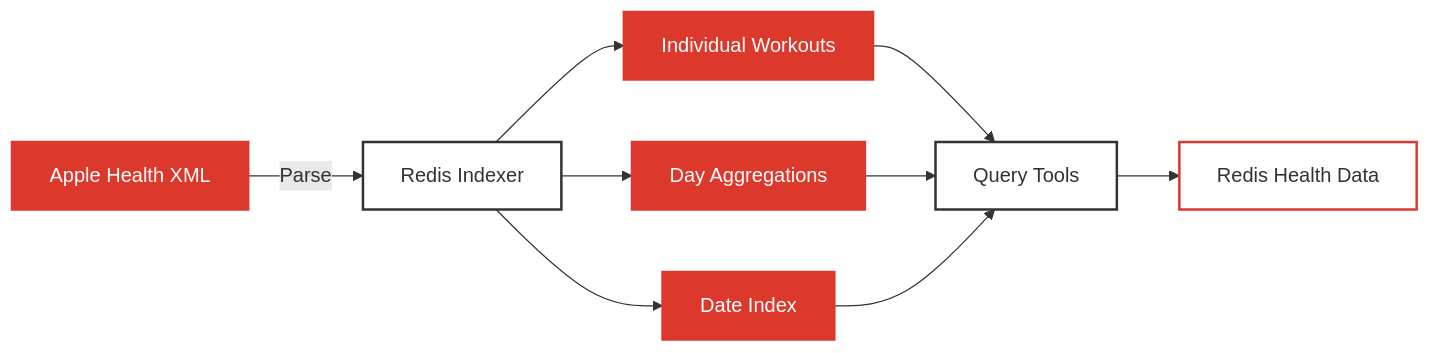
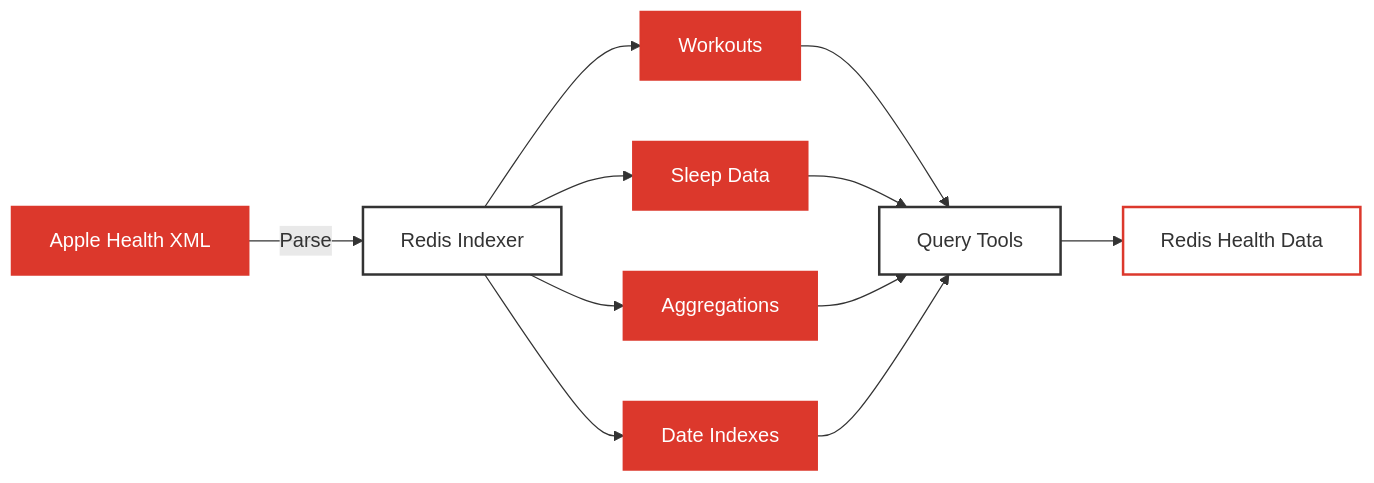
Before and after one commit to AllieRays/redis-wellness: the third of 4 diagrams in docs/11_REDIS_PATTERNS.md, drawn with Mermaid. The commit also changed other lines of this file and 3 other files, not shown here.

````diff
--- a/docs/11_REDIS_PATTERNS.md
+++ b/docs/11_REDIS_PATTERNS.md
@@ -323,21 +323,24 @@
 ```mermaid
 flowchart LR
     A[Apple Health XML] -->|Parse| B[Redis Indexer]
-    B --> C[Individual Workouts]
-    B --> D[Day Aggregations]
-    B --> E[Date Index]
+    B --> C[Workouts]
+    B --> D[Sleep Data]
+    B --> E[Aggregations]
+    B --> F[Date Indexes]
 
-    C --> F[Query Tools]
-    D --> F
-    E --> F
+    C --> G[Query Tools]
+    D --> G
+    E --> G
+    F --> G
 
-    F --> G[Redis Health Data]
+    G --> H[Redis Health Data]
 
     style A fill:#DC382C,stroke:#DC382C,stroke-width:2px,color:#fff
     style B fill:#fff,stroke:#333,stroke-width:2px
     style C fill:#DC382C,stroke:#DC382C,stroke-width:2px,color:#fff
     style D fill:#DC382C,stroke:#DC382C,stroke-width:2px,color:#fff
     style E fill:#DC382C,stroke:#DC382C,stroke-width:2px,color:#fff
-    style F fill:#fff,stroke:#333,stroke-width:2px
-    style G fill:#fff,stroke:#DC382C,stroke-width:2px
+    style F fill:#DC382C,stroke:#DC382C,stroke-width:2px,color:#fff
+    style G fill:#fff,stroke:#333,stroke-width:2px
+    style H fill:#fff,stroke:#DC382C,stroke-width:2px
 ```
````
